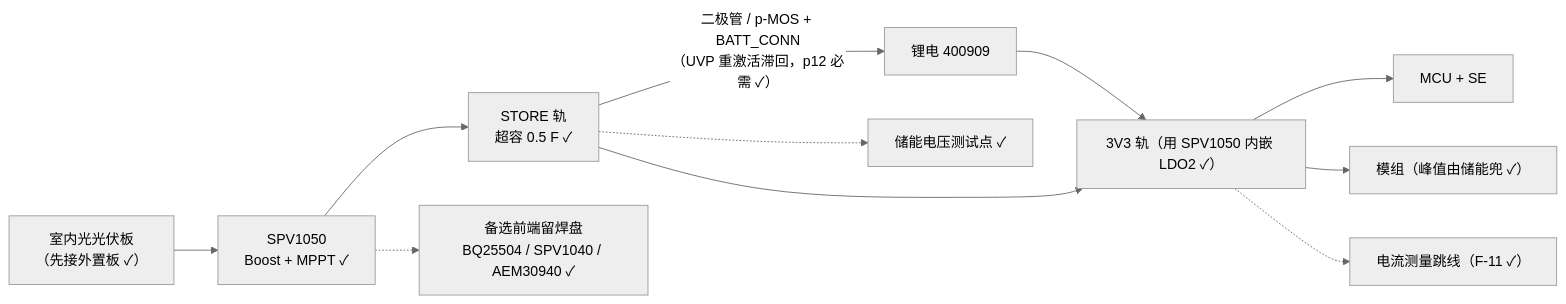
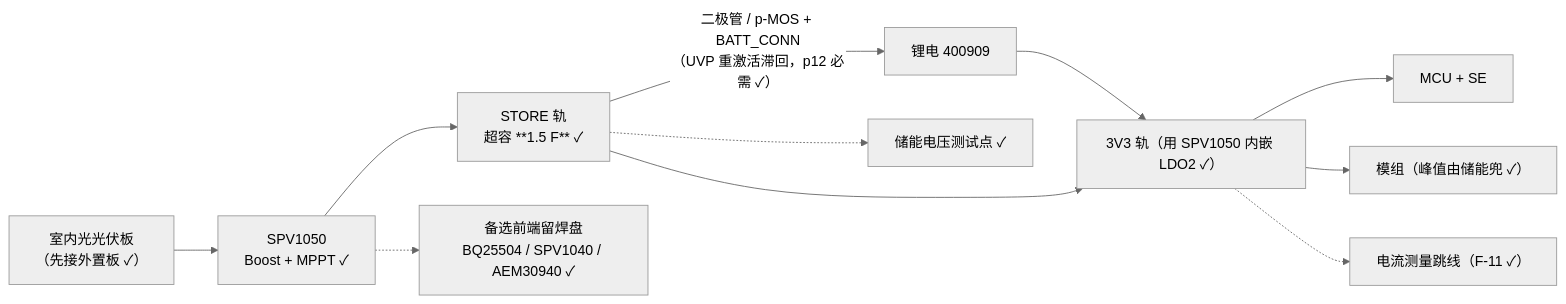
One commit to Orpah/orpah-client-demo changed the diagram in docs/carrier-power-spv1050.md. Above: the diagram before and after it, drawn with Mermaid (neutral theme). The commit also changed other lines of this file and 3 other files, not shown here.

````diff
--- a/docs/carrier-power-spv1050.md
+++ b/docs/carrier-power-spv1050.md
@@ -142,13 +144,13 @@
 ```mermaid
 graph LR
   PV["室内光光伏板<br/>（先接外置板 ✓）"] --> FE["SPV1050<br/>Boost + MPPT ✓"]
-  FE --> STORE["STORE 轨<br/>超容 0.5 F ✓"]
+  FE --> STORE["STORE 轨<br/>超容 **1.5 F** ✓"]
   STORE -->|"二极管 / p-MOS + BATT_CONN<br/>（UVP 重激活滞回，p12 必需 ✓）"| BATT["锂电 400909"]
   BATT --> RAIL["3V3 轨（用 SPV1050 内嵌 LDO2 ✓）"]
   STORE --> RAIL
   RAIL --> MCU["MCU + SE"]
   RAIL --> MOD["模组（峰值由储能兜 ✓）"]
   RAIL -.-> J1["电流测量跳线（F-11 ✓）"]
   STORE -.-> TP["储能电压测试点 ✓"]
   FE -.-> ALT["备选前端留焊盘<br/>BQ25504 / SPV1040 / AEM30940 ✓"]
 ```
````
